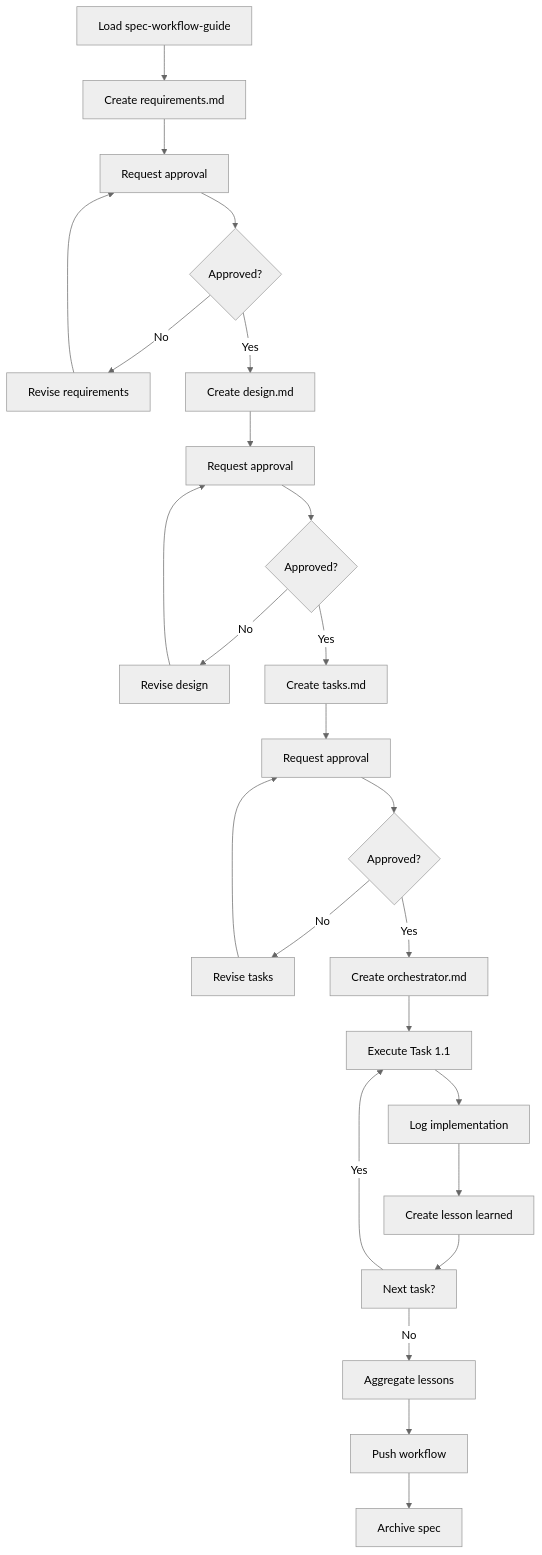
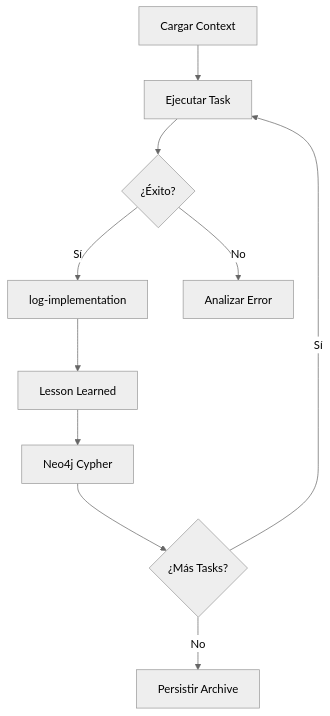
The diagram in .spec-workflow/specs/monorepo-improvements-v1.1.0/README.md (ccolombia-ui/aleia-melquisedec), drawn with Mermaid (neutral theme) before and after one commit. The commit also changed other lines of this file, not shown here.

First line of the commit message:
feat(spec): add minimalist spec-specific README for monorepo-improvements-v1.1.0

````diff
--- a/.spec-workflow/specs/monorepo-improvements-v1.1.0/README.md
+++ b/.spec-workflow/specs/monorepo-improvements-v1.1.0/README.md
@@ -371,27 +77,12 @@
 ```mermaid
 graph TD
-    A[Load spec-workflow-guide] --> B[Create requirements.md]
-    B --> C[Request approval]
-    C --> D{Approved?}
-    D -->|No| E[Revise requirements]
-    E --> C
-    D -->|Yes| F[Create design.md]
-    F --> G[Request approval]
-    G --> H{Approved?}
-    H -->|No| I[Revise design]
-    I --> G
-    H -->|Yes| J[Create tasks.md]
-    J --> K[Request approval]
-    K --> L{Approved?}
-    L -->|No| M[Revise tasks]
-    M --> K
-    L -->|Yes| N[Create orchestrator.md]
-    N --> O[Execute Task 1.1]
-    O --> P[Log implementation]
-    P --> Q[Create lesson learned]
-    Q --> R[Next task?]
-    R -->|Yes| O
-    R -->|No| S[Aggregate lessons]
-    S --> T[Push workflow]
-    T --> U[Archive spec]
+    A[Cargar Context] --> B[Ejecutar Task]
+    B --> C{¿Éxito?}
+    C -->|Sí| D[log-implementation]
+    C -->|No| E[Analizar Error]
+    D --> F[Lesson Learned]
+    F --> G[Neo4j Cypher]
+    G --> H{¿Más Tasks?}
+    H -->|Sí| B
+    H -->|No| I[Persistir Archive]
 ```
````
